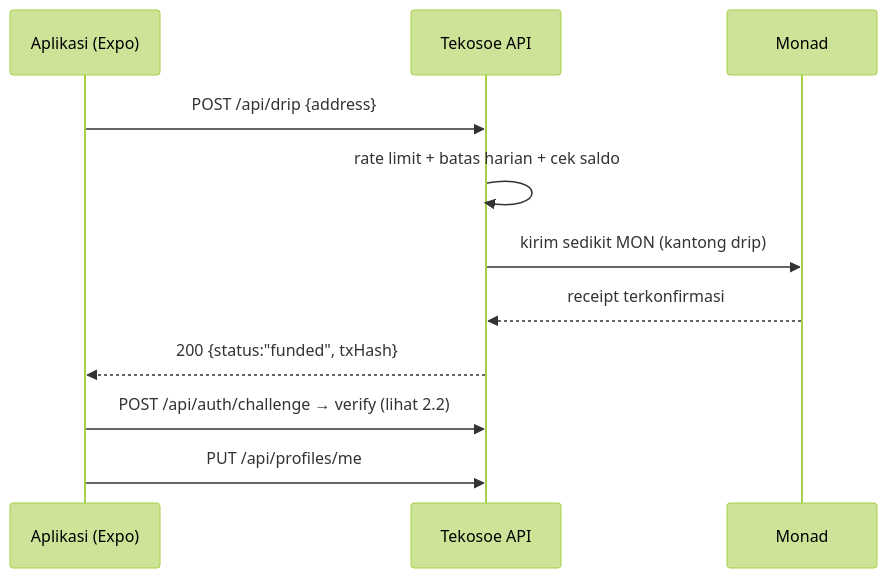
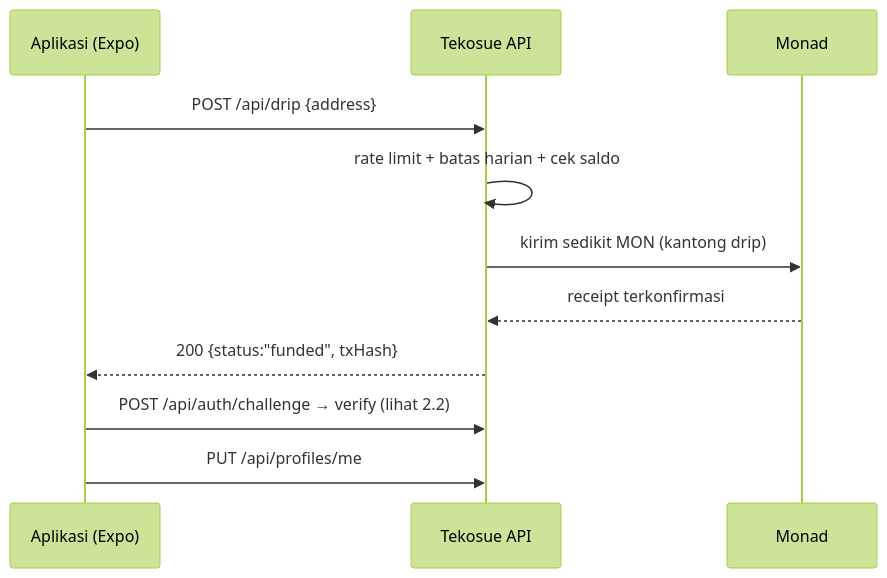
The first of 7 diagrams in apps/api/docs/API.md (sewunodetech/tekosoe), drawn with Mermaid (forest theme) before and after one commit. The commit also changed other lines of this file and 96 other files, not shown here.

First line of the commit message:
chore: rebrand Tekosoe to Tekosue and rename packages to @tekosue/*

````diff
--- a/apps/api/docs/API.md
+++ b/apps/api/docs/API.md
@@ -94,14 +94,14 @@
 ```mermaid
 sequenceDiagram
   participant App as Aplikasi (Expo)
-  participant API as Tekosoe API
+  participant API as Tekosue API
   participant C as Monad
 
   App->>API: POST /api/drip {address}
   API->>API: rate limit + batas harian + cek saldo
   API->>C: kirim sedikit MON (kantong drip)
   C-->>API: receipt terkonfirmasi
   API-->>App: 200 {status:"funded", txHash}
   App->>API: POST /api/auth/challenge → verify (lihat 2.2)
   App->>API: PUT /api/profiles/me
 ```
````
